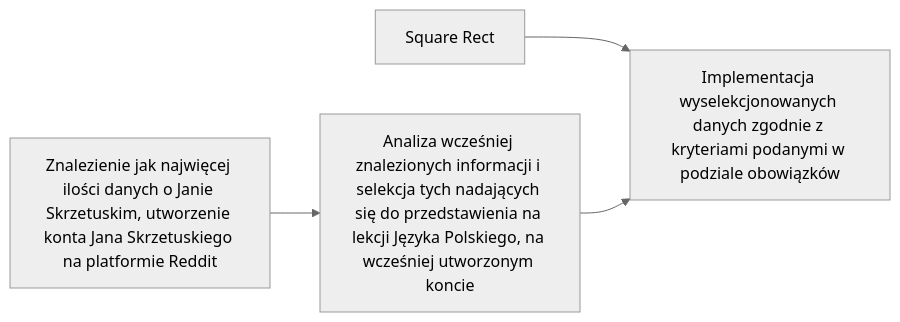
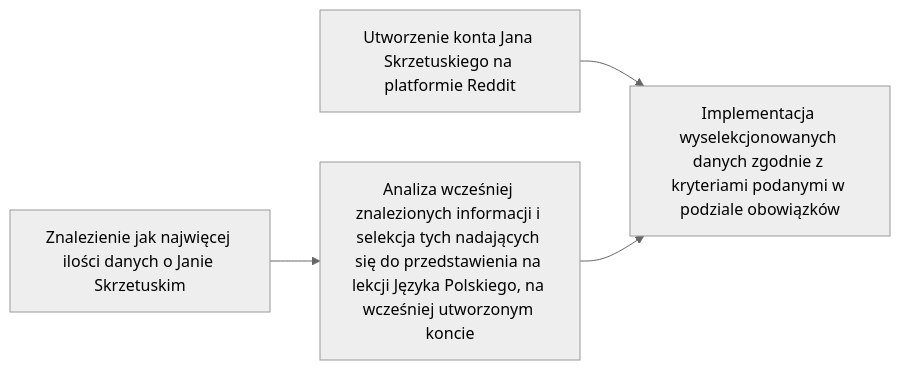
One commit to n-kodem/Jan-Skrzetuski_Twitter changed the diagram in README.md. Above: the diagram before and after it, drawn with Mermaid (neutral theme).

Commit message:
readme update

````diff
--- a/README.md
+++ b/README.md
@@ -25,6 +25,6 @@
 ```mermaid
 graph LR
-    A1[Znalezienie jak najwięcej ilości danych o Janie Skrzetuskim, utworzenie konta Jana Skrzetuskiego na platformie Reddit] --> B[Analiza wcześniej znalezionych informacji i selekcja tych nadających się do przedstawienia na lekcji Języka Polskiego, na wcześniej utworzonym koncie]
-    A2[Square Rect] --> C[Implementacja wyselekcjonowanych danych zgodnie z kryteriami podanymi w podziale obowiązków]
+    A1[Znalezienie jak najwięcej ilości danych o Janie Skrzetuskim] --> B[Analiza wcześniej znalezionych informacji i selekcja tych nadających się do przedstawienia na lekcji Języka Polskiego, na wcześniej utworzonym koncie]
+    A2[Utworzenie konta Jana Skrzetuskiego na platformie Reddit] --> C[Implementacja wyselekcjonowanych danych zgodnie z kryteriami podanymi w podziale obowiązków]
     B --> C
 ```
````
